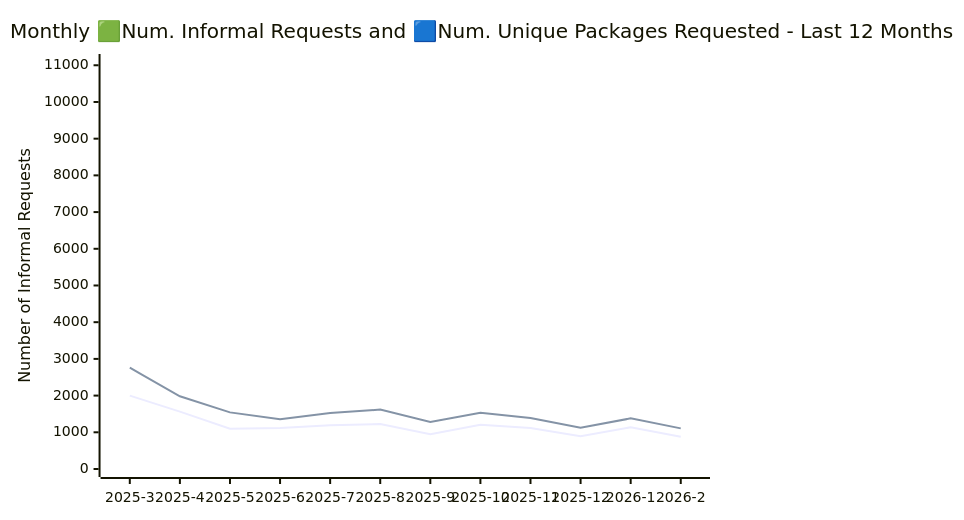
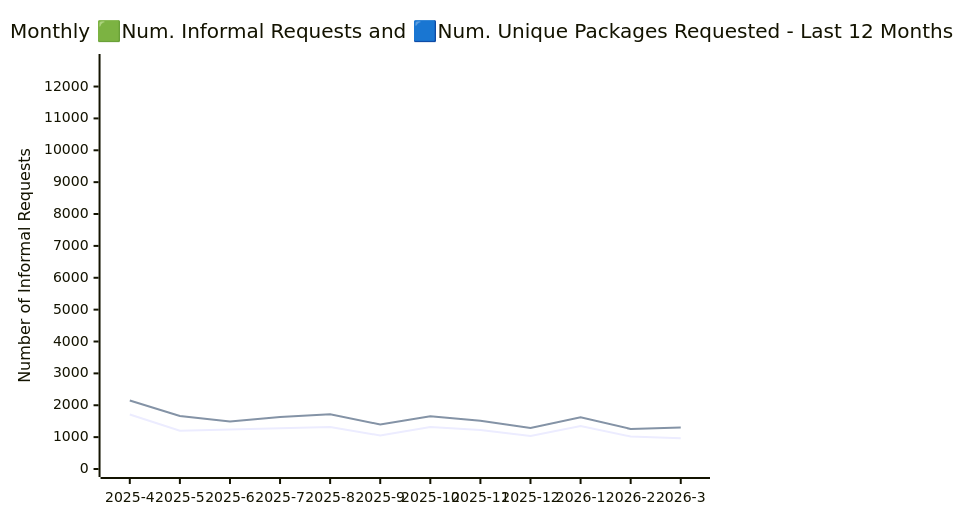
One commit to open-data/analytics-corporate-reporting changed the diagram in ATI_INFORMAL_REPORT/readme.md. Above: the diagram before and after it, drawn with Mermaid. The commit also changed other lines of this file and 5 other files, not shown here.

````diff
--- a/ATI_INFORMAL_REPORT/readme.md
+++ b/ATI_INFORMAL_REPORT/readme.md
@@ -17,11 +17,11 @@
 ```mermaid
 
 xychart-beta
     title "Monthly 🟩Num. Informal Requests and 🟦Num. Unique Packages Requested - Last 12 Months"
-    x-axis [2025-3, 2025-4, 2025-5, 2025-6, 2025-7, 2025-8, 2025-9, 2025-10, 2025-11, 2025-12, 2026-1, 2026-2]
-    y-axis "Unique Packages" 0 --> 8757
-    y-axis "Number of Informal Requests" 0 --> 11089
+    x-axis [2025-4, 2025-5, 2025-6, 2025-7, 2025-8, 2025-9, 2025-10, 2025-11, 2025-12, 2026-1, 2026-2, 2026-3]
+    y-axis "Unique Packages" 0 --> 10090
+    y-axis "Number of Informal Requests" 0 --> 12770
 
-    line [2000, 1564, 1099, 1120, 1189, 1227, 946, 1207, 1114, 891, 1137, 880]
-    line [2759, 1982, 1543, 1359, 1523, 1619, 1282, 1530, 1392, 1123, 1379, 1107]
+    line [1710, 1200, 1239, 1282, 1320, 1051, 1319, 1220, 1037, 1350, 1017, 962]
+    line [2150, 1662, 1491, 1634, 1719, 1398, 1654, 1511, 1286, 1622, 1257, 1300]
 ```
````
